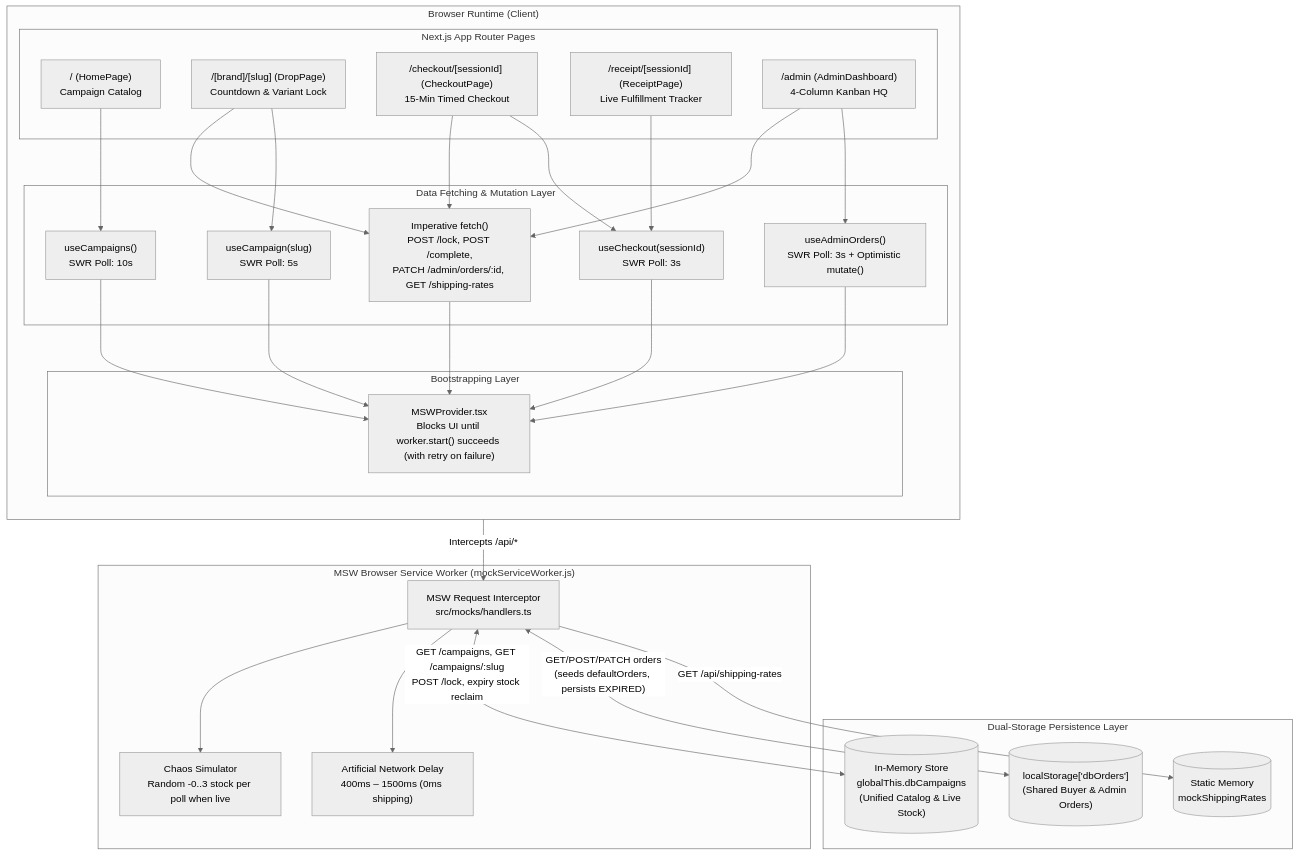
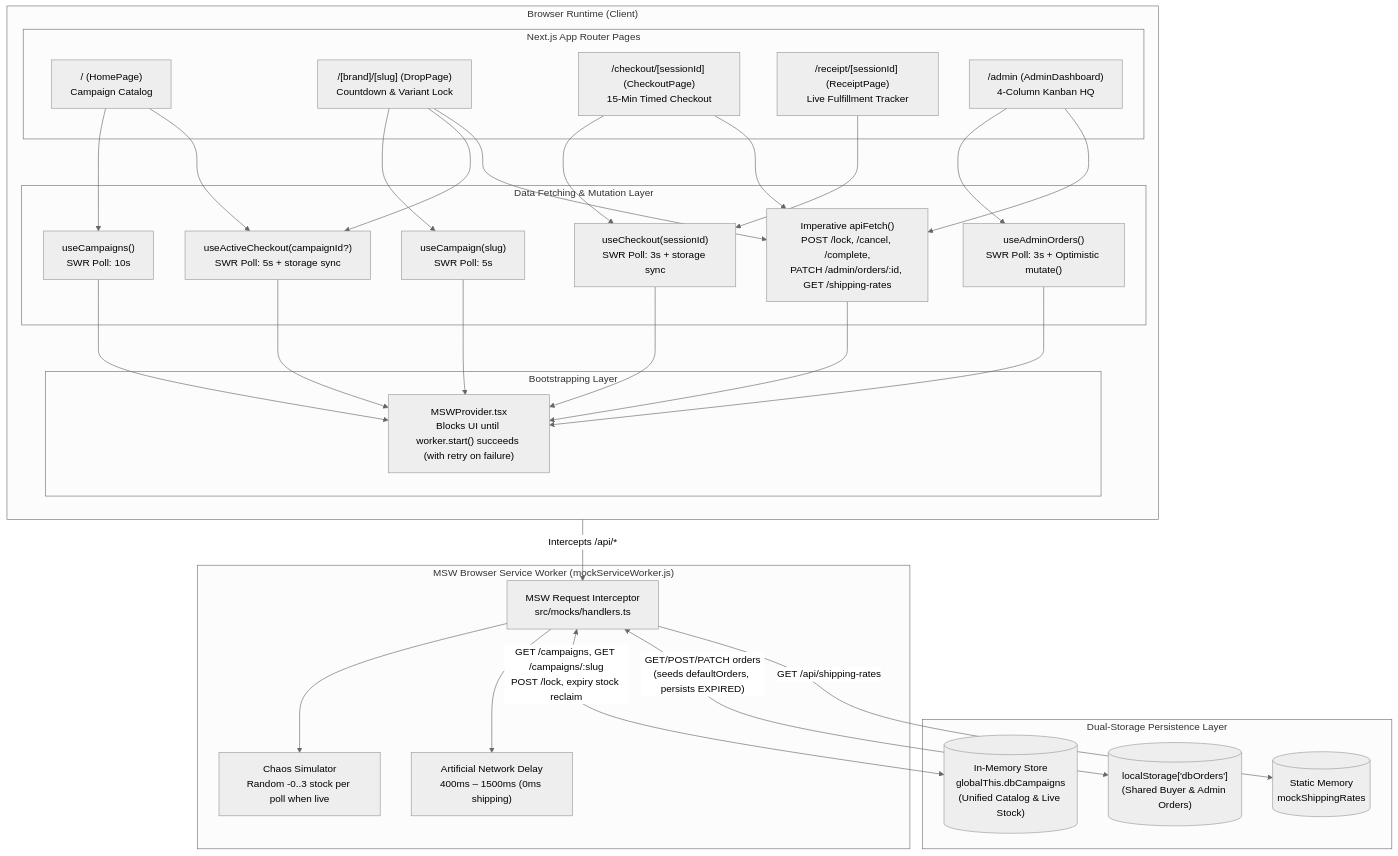
One commit to mickoSugianto/launchqueue changed the first of 10 diagrams in SYSTEM_DESIGN.md. Above: the diagram before and after it, drawn with Mermaid (neutral theme). The commit also changed other lines of this file and 27 other files, not shown here.

First line of the commit message:
feat: add checkout abandonment flow, MSW recovery, and receipt cache sync

````diff
--- a/SYSTEM_DESIGN.md
+++ b/SYSTEM_DESIGN.md
@@ -32,56 +32,59 @@
 ```mermaid
 flowchart TB
     subgraph Browser["Browser Runtime (Client)"]
         direction TB
         
         subgraph Pages["Next.js App Router Pages"]
             Home["/ (HomePage)<br/>Campaign Catalog"]
             Drop["/[brand]/[slug] (DropPage)<br/>Countdown & Variant Lock"]
             Checkout["/checkout/[sessionId] (CheckoutPage)<br/>15-Min Timed Checkout"]
             Receipt["/receipt/[sessionId] (ReceiptPage)<br/>Live Fulfillment Tracker"]
             Admin["/admin (AdminDashboard)<br/>4-Column Kanban HQ"]
         end
 
         subgraph HooksAndForms["Data Fetching & Mutation Layer"]
             useCampaigns["useCampaigns()<br/>SWR Poll: 10s"]
             useCampaign["useCampaign(slug)<br/>SWR Poll: 5s"]
-            useCheckout["useCheckout(sessionId)<br/>SWR Poll: 3s"]
+            useActiveCheckout["useActiveCheckout(campaignId?)<br/>SWR Poll: 5s + storage sync"]
+            useCheckout["useCheckout(sessionId)<br/>SWR Poll: 3s + storage sync"]
             useAdminOrders["useAdminOrders()<br/>SWR Poll: 3s + Optimistic mutate()"]
-            DirectFetch["Imperative fetch()<br/>POST /lock, POST /complete,<br/>PATCH /admin/orders/:id, GET /shipping-rates"]
+            DirectFetch["Imperative apiFetch()<br/>POST /lock, /cancel, /complete,<br/>PATCH /admin/orders/:id, GET /shipping-rates"]
         end
 
         subgraph Gatekeeper["Bootstrapping Layer"]
             MSWProvider["MSWProvider.tsx<br/>Blocks UI until worker.start() succeeds (with retry on failure)"]
         end
     end
 
     subgraph ServiceWorker["MSW Browser Service Worker (mockServiceWorker.js)"]
         Router["MSW Request Interceptor<br/>src/mocks/handlers.ts"]
         Chaos["Chaos Simulator<br/>Random -0..3 stock per poll when live"]
         Latency["Artificial Network Delay<br/>400ms – 1500ms (0ms shipping)"]
     end
 
     subgraph Storage["Dual-Storage Persistence Layer"]
         MemStore[("In-Memory Store<br/>globalThis.dbCampaigns<br/>(Unified Catalog & Live Stock)")]
         LocalOrders[("localStorage['dbOrders']<br/>(Shared Buyer & Admin Orders)")]
         StaticRates[("Static Memory<br/>mockShippingRates")]
     end
 
     Home --> useCampaigns
+    Home --> useActiveCheckout
     Drop --> useCampaign
+    Drop --> useActiveCheckout
     Drop --> DirectFetch
     Checkout --> useCheckout
     Checkout --> DirectFetch
     Receipt --> useCheckout
     Admin --> useAdminOrders
     Admin --> DirectFetch
 
-    useCampaigns & useCampaign & useCheckout & useAdminOrders & DirectFetch --> MSWProvider
+    useCampaigns & useCampaign & useActiveCheckout & useCheckout & useAdminOrders & DirectFetch --> MSWProvider
     MSWProvider -->|Intercepts /api/*| Router
     Router --> Latency
     Router --> Chaos
 
     Router <-->|"GET /campaigns, GET /campaigns/:slug<br/>POST /lock, expiry stock reclaim"| MemStore
     Router <-->|"GET/POST/PATCH orders<br/>(seeds defaultOrders, persists EXPIRED)"| LocalOrders
     Router -->|GET /api/shipping-rates| StaticRates
 ```
````
